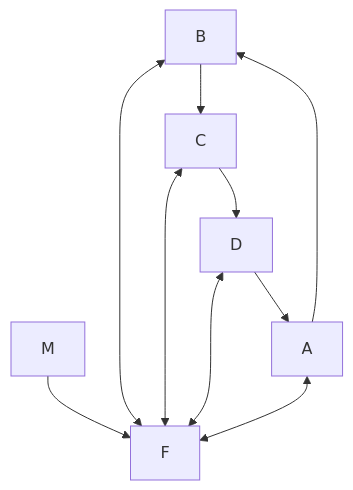
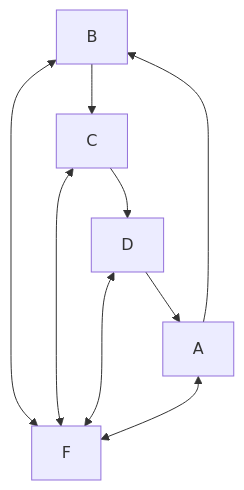
The diagram in README.md (coderATP/SuitsUp), drawn with Mermaid before and after one commit.

````diff
--- a/README.md
+++ b/README.md
@@ -14,12 +14,11 @@
 ```mermaid
 graph TD;
-M-->F;
 B<-->F;
 C<-->F;
 D<-->F;
 A<-->F;
 A-->B;
 B-->C;
 C-->D;
 D-->A;
 ```
````
